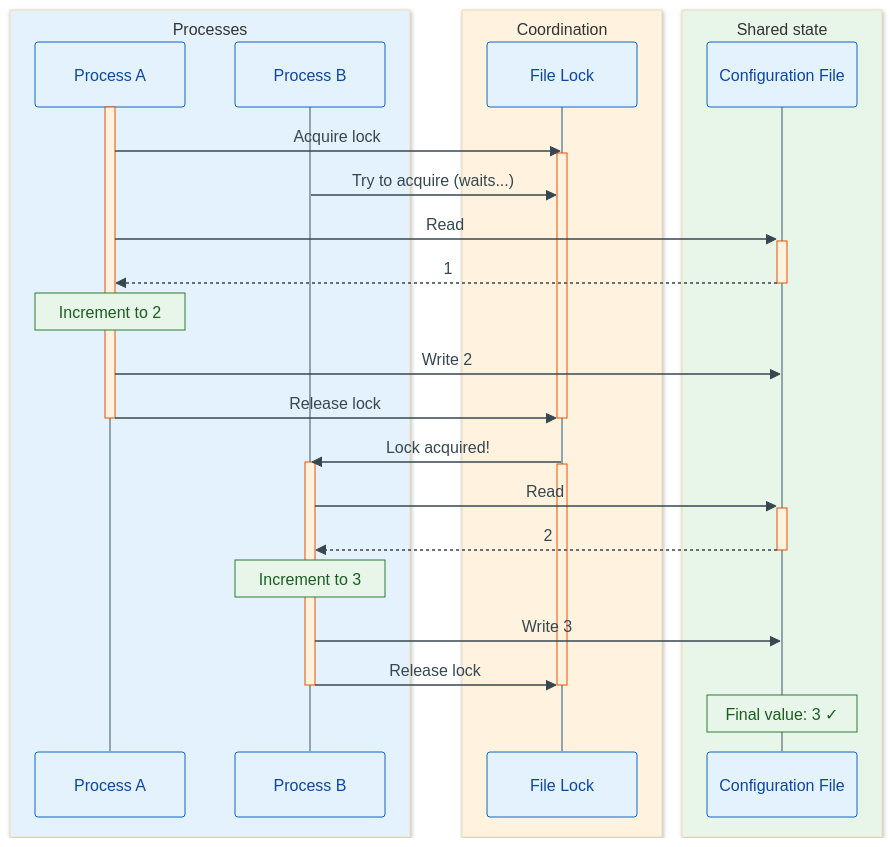
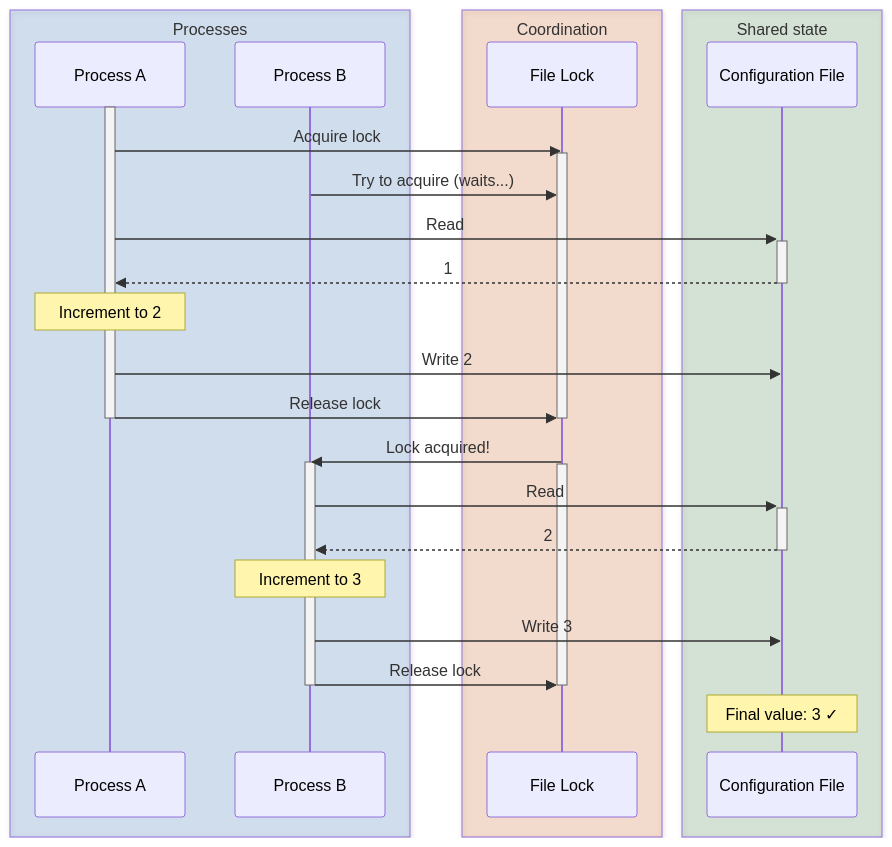
The second of 4 diagrams in docs/concepts.rst (tox-dev/filelock), drawn with Mermaid before and after one commit. The commit also changed other lines of this file and 5 other files, not shown here.

```diff
--- a/docs/concepts.rst
+++ b/docs/concepts.rst
@@ -47,36 +46,35 @@
 .. mermaid::
 
-    %%{init: {'theme':'base','themeVariables':{'actorBkg':'#e3f2fd','actorBorder':'#1565c0','actorTextColor':'#0d47a1','actorLineColor':'#90a4ae','activationBkgColor':'#fff3e0','activationBorderColor':'#e65100','noteBkgColor':'#e8f5e9','noteBorderColor':'#2e7d32','noteTextColor':'#1b5e20','signalColor':'#37474f','signalTextColor':'#37474f','labelBoxBkgColor':'#ede7f6','labelBoxBorderColor':'#4527a0','labelTextColor':'#311b92','loopTextColor':'#311b92'}}}%%
     sequenceDiagram
-        box rgb(227, 242, 253) Processes
+        box rgba(21, 101, 192, 0.16) Processes
             participant A as Process A
             participant B as Process B
         end
-        box rgb(255, 243, 224) Coordination
+        box rgba(230, 81, 0, 0.16) Coordination
             participant Lock as File Lock
         end
-        box rgb(232, 245, 233) Shared state
+        box rgba(46, 125, 50, 0.16) Shared state
             participant File as Configuration File
         end
         activate A
         A->>Lock: Acquire lock
         activate Lock
         B->>Lock: Try to acquire (waits...)
         A->>+File: Read
         File-->>-A: 1
         Note over A: Increment to 2
         A->>File: Write 2
         A->>Lock: Release lock
         deactivate Lock
         deactivate A
         Lock->>B: Lock acquired!
         activate B
         activate Lock
         B->>+File: Read
         File-->>-B: 2
         Note over B: Increment to 3
         B->>File: Write 3
         B->>Lock: Release lock
         deactivate Lock
         deactivate B
         Note over File: Final value: 3 ✓
```
